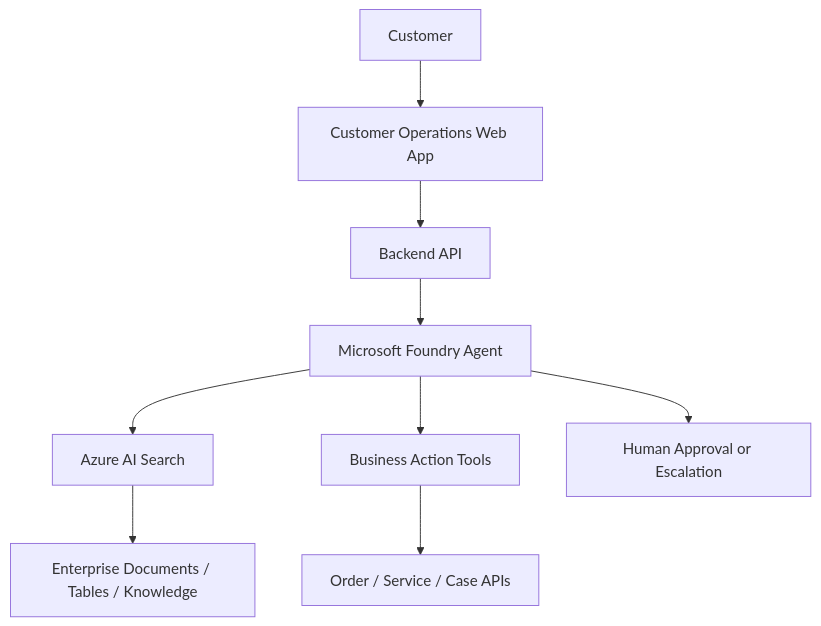
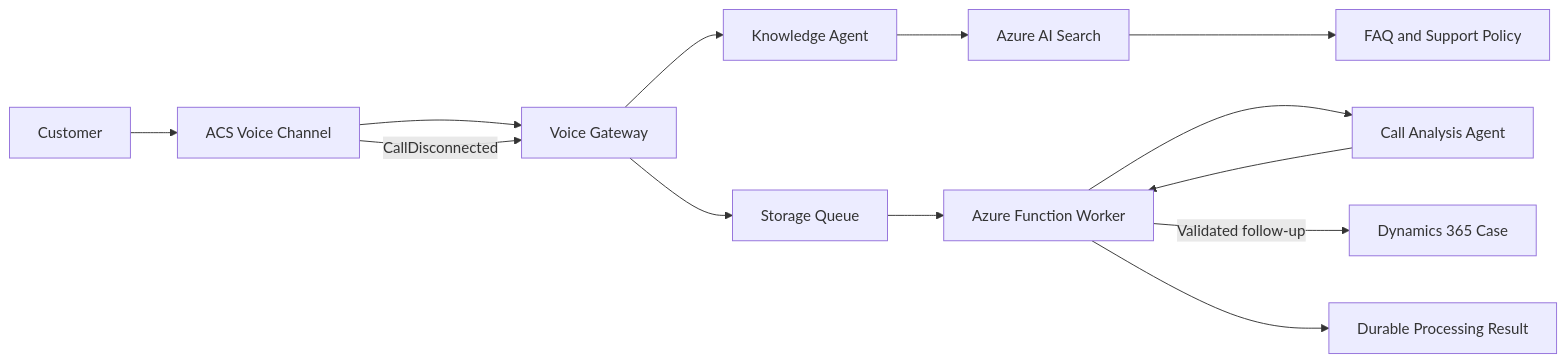
Before and after one commit to Liminghao0922/workshop-intelligent-customer-operations: the diagram in docs/architecture/solution-architecture.md, drawn with Mermaid. The commit also changed other lines of this file and 75 other files, not shown here.

First line of the commit message:
feat: Add Knowledge Agent and Voice Gateway for customer support calls

````diff
--- a/docs/architecture/solution-architecture.md
+++ b/docs/architecture/solution-architecture.md
@@ -5,11 +5,15 @@
 ```mermaid
-graph TD
-    A[Customer] --> B[Customer Operations Web App]
-    B --> C[Backend API]
-    C --> D[Microsoft Foundry Agent]
-    D --> E[Azure AI Search]
-    E --> F[Enterprise Documents / Tables / Knowledge]
-    D --> G[Business Action Tools]
-    G --> H[Order / Service / Case APIs]
-    D --> I[Human Approval or Escalation]
+flowchart LR
+    Customer[Customer] --> ACS[ACS Voice Channel]
+    ACS --> Gateway[Voice Gateway]
+    Gateway --> Knowledge[Knowledge Agent]
+    Knowledge --> Search[Azure AI Search]
+    Search --> Sources[FAQ and Support Policy]
+    ACS -->|CallDisconnected| Gateway
+    Gateway --> Queue[Storage Queue]
+    Queue --> Worker[Azure Function Worker]
+    Worker --> Analysis[Call Analysis Agent]
+    Analysis --> Worker
+    Worker -->|Validated follow-up| Dynamics[Dynamics 365 Case]
+    Worker --> Results[Durable Processing Result]
 ```
````
